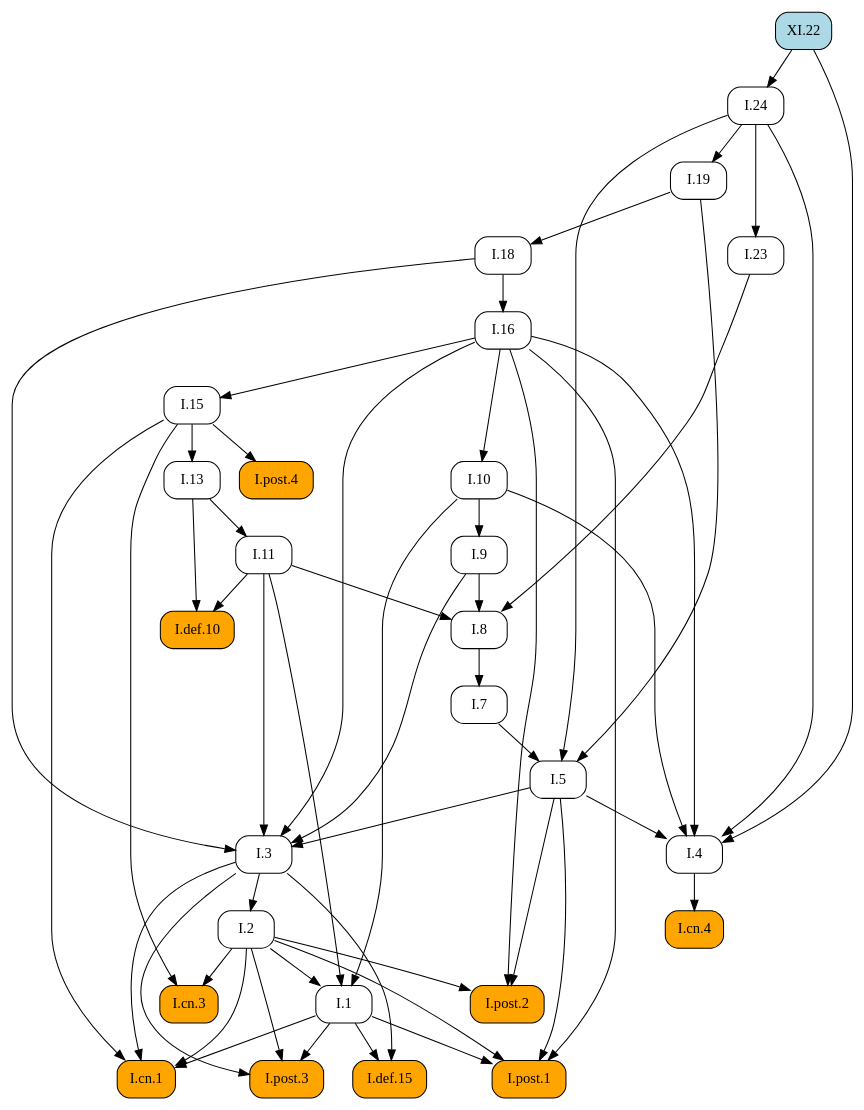
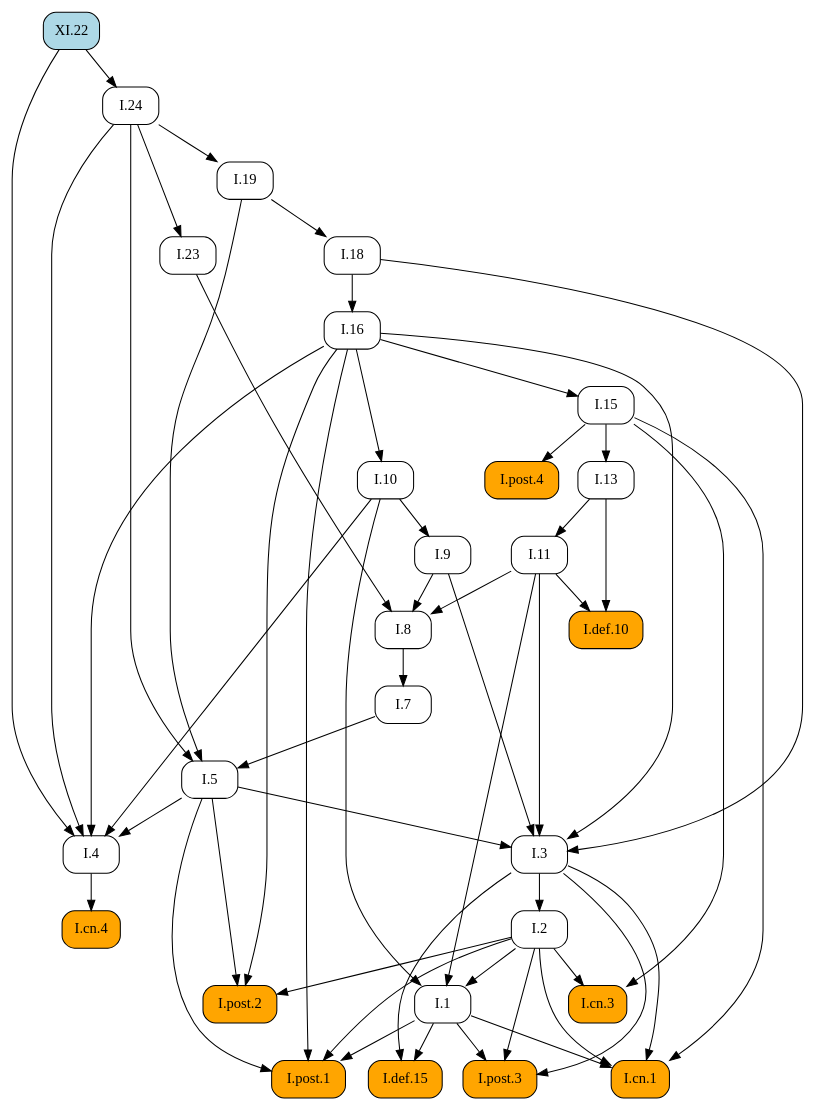
The diagram in docsrc/heath/XI/22/index.rst (geometor/elements), drawn with Graphviz before and after one commit. The commit also changed other lines of this file and 484 other files, not shown here.

```diff
--- a/docsrc/heath/XI/22/index.rst
+++ b/docsrc/heath/XI/22/index.rst
@@ -56,84 +56,84 @@
    digraph {
      rankdir="TB";
      node [shape=box, style=rounded];
-     "I.def.10" [style="rounded,filled", fillcolor=orange, URL="/heath/I/def.10/", target="_top"];
-     "I.11" [URL="/heath/I/11/", target="_top"];
-     "I.post.4" [style="rounded,filled", fillcolor=orange, URL="/heath/I/post.4/", target="_top"];
-     "I.1" [URL="/heath/I/1/", target="_top"];
+     "I.23" [URL="/heath/I/23/", target="_top"];
+     "I.9" [URL="/heath/I/9/", target="_top"];
+     "I.cn.1" [style="rounded,filled", fillcolor=orange, URL="/heath/I/cn.1/", target="_top"];
      "XI.22" [style="rounded,filled", fillcolor=lightblue, URL="/heath/XI/22/", target="_top"];
      "I.7" [URL="/heath/I/7/", target="_top"];
+     "I.2" [URL="/heath/I/2/", target="_top"];
+     "I.def.15" [style="rounded,filled", fillcolor=orange, URL="/heath/I/def.15/", target="_top"];
+     "I.13" [URL="/heath/I/13/", target="_top"];
+     "I.post.4" [style="rounded,filled", fillcolor=orange, URL="/heath/I/post.4/", target="_top"];
+     "I.4" [URL="/heath/I/4/", target="_top"];
+     "I.1" [URL="/heath/I/1/", target="_top"];
+     "I.post.3" [style="rounded,filled", fillcolor=orange, URL="/heath/I/post.3/", target="_top"];
+     "I.post.1" [style="rounded,filled", fillcolor=orange, URL="/heath/I/post.1/", target="_top"];
+     "I.5" [URL="/heath/I/5/", target="_top"];
+     "I.19" [URL="/heath/I/19/", target="_top"];
+     "I.8" [URL="/heath/I/8/", target="_top"];
+     "I.cn.3" [style="rounded,filled", fillcolor=orange, URL="/heath/I/cn.3/", target="_top"];
+     "I.16" [URL="/heath/I/16/", target="_top"];
+     "I.def.10" [style="rounded,filled", fillcolor=orange, URL="/heath/I/def.10/", target="_top"];
+     "I.18" [URL="/heath/I/18/", target="_top"];
+     "I.15" [URL="/heath/I/15/", target="_top"];
+     "I.10" [URL="/heath/I/10/", target="_top"];
+     "I.11" [URL="/heath/I/11/", target="_top"];
+     "I.cn.4" [style="rounded,filled", fillcolor=orange, URL="/heath/I/cn.4/", target="_top"];
+     "I.post.2" [style="rounded,filled", fillcolor=orange, URL="/heath/I/post.2/", target="_top"];
+     "I.24" [URL="/heath/I/24/", target="_top"];
      "I.3" [URL="/heath/I/3/", target="_top"];
-     "I.24" [URL="/heath/I/24/", target="_top"];
-     "I.2" [URL="/heath/I/2/", target="_top"];
-     "I.4" [URL="/heath/I/4/", target="_top"];
-     "I.13" [URL="/heath/I/13/", target="_top"];
-     "I.post.2" [style="rounded,filled", fillcolor=orange, URL="/heath/I/post.2/", target="_top"];
-     "I.18" [URL="/heath/I/18/", target="_top"];
-     "I.16" [URL="/heath/I/16/", target="_top"];
-     "I.def.15" [style="rounded,filled", fillcolor=orange, URL="/heath/I/def.15/", target="_top"];
-     "I.19" [URL="/heath/I/19/", target="_top"];
-     "I.post.3" [style="rounded,filled", fillcolor=orange, URL="/heath/I/post.3/", target="_top"];
-     "I.9" [URL="/heath/I/9/", target="_top"];
-     "I.cn.1" [style="rounded,filled", fillcolor=orange, URL="/heath/I/cn.1/", target="_top"];
-     "I.cn.3" [style="rounded,filled", fillcolor=orange, URL="/heath/I/cn.3/", target="_top"];
-     "I.8" [URL="/heath/I/8/", target="_top"];
-     "I.cn.4" [style="rounded,filled", fillcolor=orange, URL="/heath/I/cn.4/", target="_top"];
-     "I.23" [URL="/heath/I/23/", target="_top"];
-     "I.15" [URL="/heath/I/15/", target="_top"];
-     "I.post.1" [style="rounded,filled", fillcolor=orange, URL="/heath/I/post.1/", target="_top"];
-     "I.10" [URL="/heath/I/10/", target="_top"];
-     "I.5" [URL="/heath/I/5/", target="_top"];
-     "I.11" -> "I.def.10";
-     "I.13" -> "I.def.10";
-     "I.13" -> "I.11";
+     "I.24" -> "I.23";
+     "I.10" -> "I.9";
+     "I.1" -> "I.cn.1";
+     "I.2" -> "I.cn.1";
+     "I.3" -> "I.cn.1";
+     "I.15" -> "I.cn.1";
+     "I.8" -> "I.7";
+     "I.3" -> "I.2";
+     "I.1" -> "I.def.15";
+     "I.3" -> "I.def.15";
+     "I.15" -> "I.13";
      "I.15" -> "I.post.4";
+     "I.5" -> "I.4";
+     "I.10" -> "I.4";
+     "I.16" -> "I.4";
+     "I.24" -> "I.4";
+     "XI.22" -> "I.4";
      "I.2" -> "I.1";
      "I.10" -> "I.1";
      "I.11" -> "I.1";
-     "I.8" -> "I.7";
+     "I.1" -> "I.post.3";
+     "I.2" -> "I.post.3";
+     "I.3" -> "I.post.3";
+     "I.1" -> "I.post.1";
+     "I.2" -> "I.post.1";
+     "I.5" -> "I.post.1";
+     "I.16" -> "I.post.1";
+     "I.7" -> "I.5";
+     "I.19" -> "I.5";
+     "I.24" -> "I.5";
+     "I.24" -> "I.19";
+     "I.9" -> "I.8";
+     "I.11" -> "I.8";
+     "I.23" -> "I.8";
+     "I.2" -> "I.cn.3";
+     "I.15" -> "I.cn.3";
+     "I.18" -> "I.16";
+     "I.11" -> "I.def.10";
+     "I.13" -> "I.def.10";
+     "I.19" -> "I.18";
+     "I.16" -> "I.15";
+     "I.16" -> "I.10";
+     "I.13" -> "I.11";
+     "I.4" -> "I.cn.4";
+     "I.2" -> "I.post.2";
+     "I.5" -> "I.post.2";
+     "I.16" -> "I.post.2";
+     "XI.22" -> "I.24";
      "I.5" -> "I.3";
      "I.9" -> "I.3";
      "I.11" -> "I.3";
      "I.16" -> "I.3";
      "I.18" -> "I.3";
-     "XI.22" -> "I.24";
-     "I.3" -> "I.2";
-     "I.5" -> "I.4";
-     "I.10" -> "I.4";
-     "I.16" -> "I.4";
-     "I.24" -> "I.4";
-     "XI.22" -> "I.4";
-     "I.15" -> "I.13";
-     "I.2" -> "I.post.2";
-     "I.5" -> "I.post.2";
-     "I.16" -> "I.post.2";
-     "I.19" -> "I.18";
-     "I.18" -> "I.16";
-     "I.1" -> "I.def.15";
-     "I.3" -> "I.def.15";
-     "I.24" -> "I.19";
-     "I.1" -> "I.post.3";
-     "I.2" -> "I.post.3";
-     "I.3" -> "I.post.3";
-     "I.10" -> "I.9";
-     "I.1" -> "I.cn.1";
-     "I.2" -> "I.cn.1";
-     "I.3" -> "I.cn.1";
-     "I.15" -> "I.cn.1";
-     "I.2" -> "I.cn.3";
-     "I.15" -> "I.cn.3";
-     "I.9" -> "I.8";
-     "I.11" -> "I.8";
-     "I.23" -> "I.8";
-     "I.4" -> "I.cn.4";
-     "I.24" -> "I.23";
-     "I.16" -> "I.15";
-     "I.1" -> "I.post.1";
-     "I.2" -> "I.post.1";
-     "I.5" -> "I.post.1";
-     "I.16" -> "I.post.1";
-     "I.16" -> "I.10";
-     "I.7" -> "I.5";
-     "I.19" -> "I.5";
-     "I.24" -> "I.5";
    }
```
